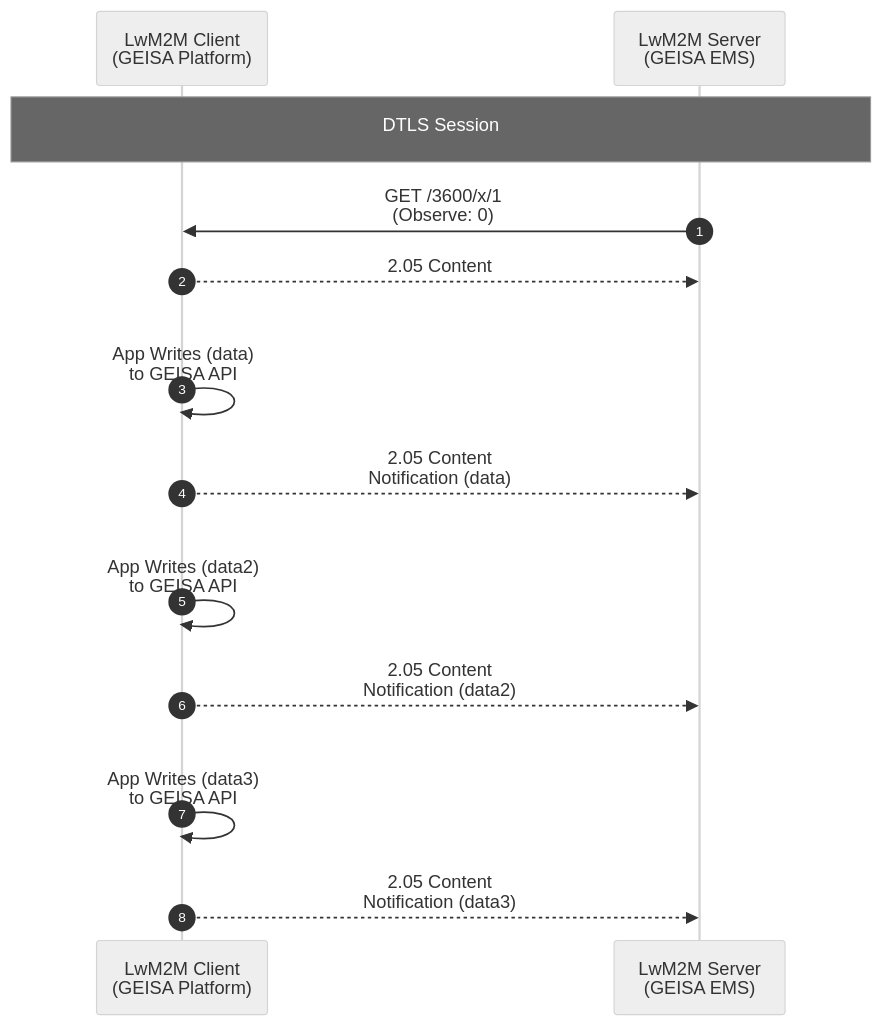
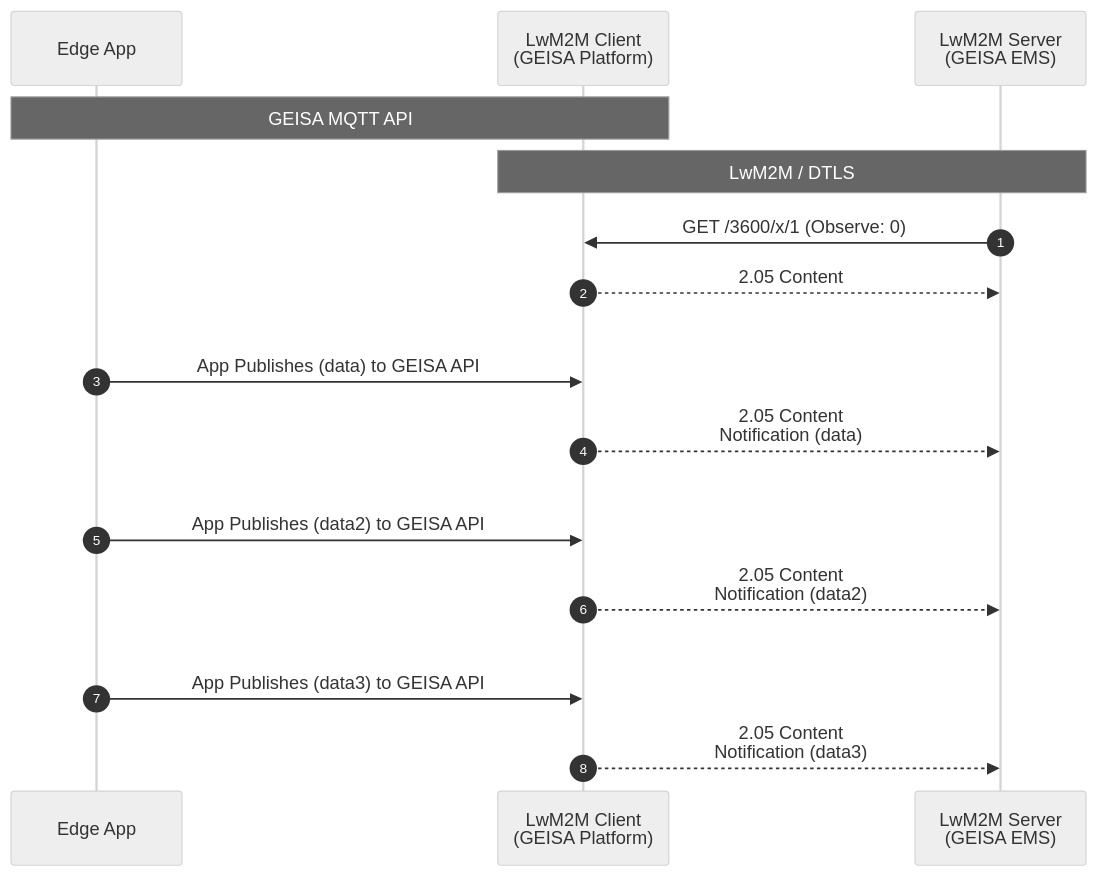
The diagram in source/adm/app-messaging-data.mermaid (geisa/specification), drawn with Mermaid before and after one commit.

```diff
--- a/source/adm/app-messaging-data.mermaid
+++ b/source/adm/app-messaging-data.mermaid
@@ -1,34 +1,35 @@
 ---
 config:
   look: classic
   theme: neutral
 ---
 
 %%
 %%  Copyright 2025, Contributors to the Grid Edge Interoperability & Security Alliance (GEISA) a Series of LF Projects, LLC  
 %%  This file is licensed under the Community Specification License 1.0 available at:
 %%  https://github.com/geisa/specification/blob/main/LICENSE.md or
 %%  https://github.com/CommunitySpecification/Community_Specification/blob/main/1._Community_Specification_License-v1.md
 %%
 %%
 
-%%{init: { 'sequence': { 'actorMargin': 300 } } }%%
-%%{init: { 'sequence': { 'noteMargin': 20 } } }%%
+%%{init: { 'sequence': { 'actorMargin': 150 } } }%%
 
 sequenceDiagram
     autonumber
+    participant A as Edge App
     participant C as LwM2M Client<br/>(GEISA Platform)
     participant S as LwM2M Server<br/>(GEISA EMS)
 
-    Note over C,S: DTLS Session                
-    S->>C: GET /3600/x/1 <br/>(Observe: 0)
+    Note over A,C: GEISA MQTT API
+    Note over C,S: LwM2M / DTLS                
+    S->>C: GET /3600/x/1 (Observe: 0)
     C-->>S: 2.05 Content
     
-    C->>C: <br/><br/>App Writes (data)<br/> to GEISA API
+    A->>C: <br/><br/>App Publishes (data) to GEISA API
     C-->>S: 2.05 Content<br/>Notification (data)
 
-    C->>C: <br/><br/>App Writes (data2)<br/> to GEISA API
+    A->>C: <br/><br/>App Publishes (data2) to GEISA API
     C-->>S: 2.05 Content<br/>Notification (data2)
 
-    C->>C: <br/><br/>App Writes (data3)<br/> to GEISA API
+    A->>C: <br/><br/>App Publishes (data3) to GEISA API
     C-->>S: 2.05 Content<br/>Notification (data3)
```
